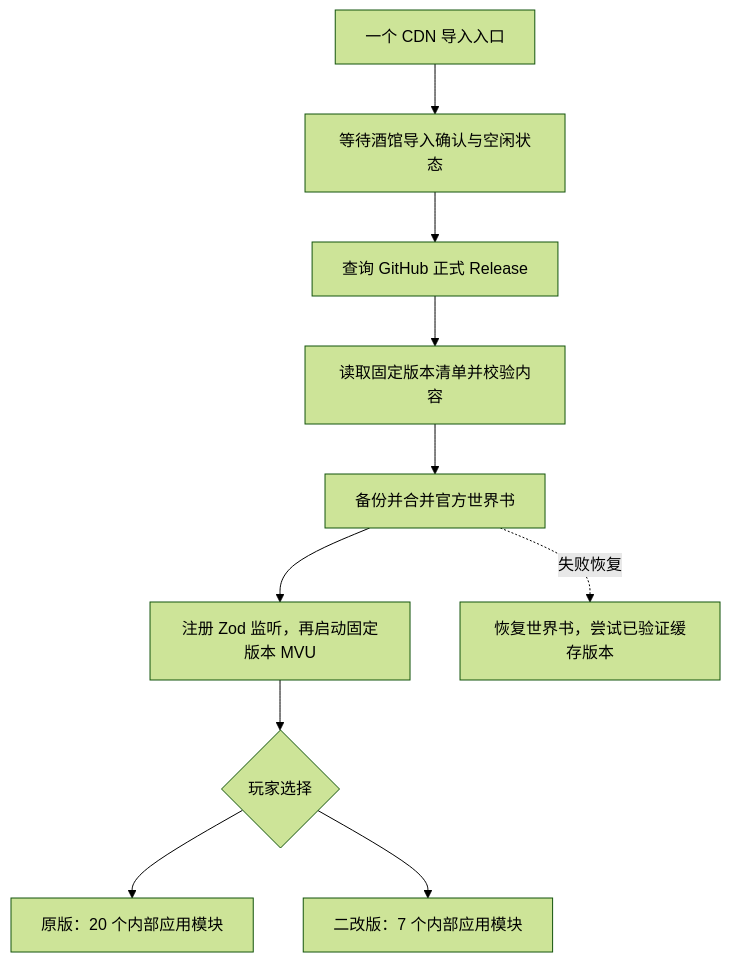
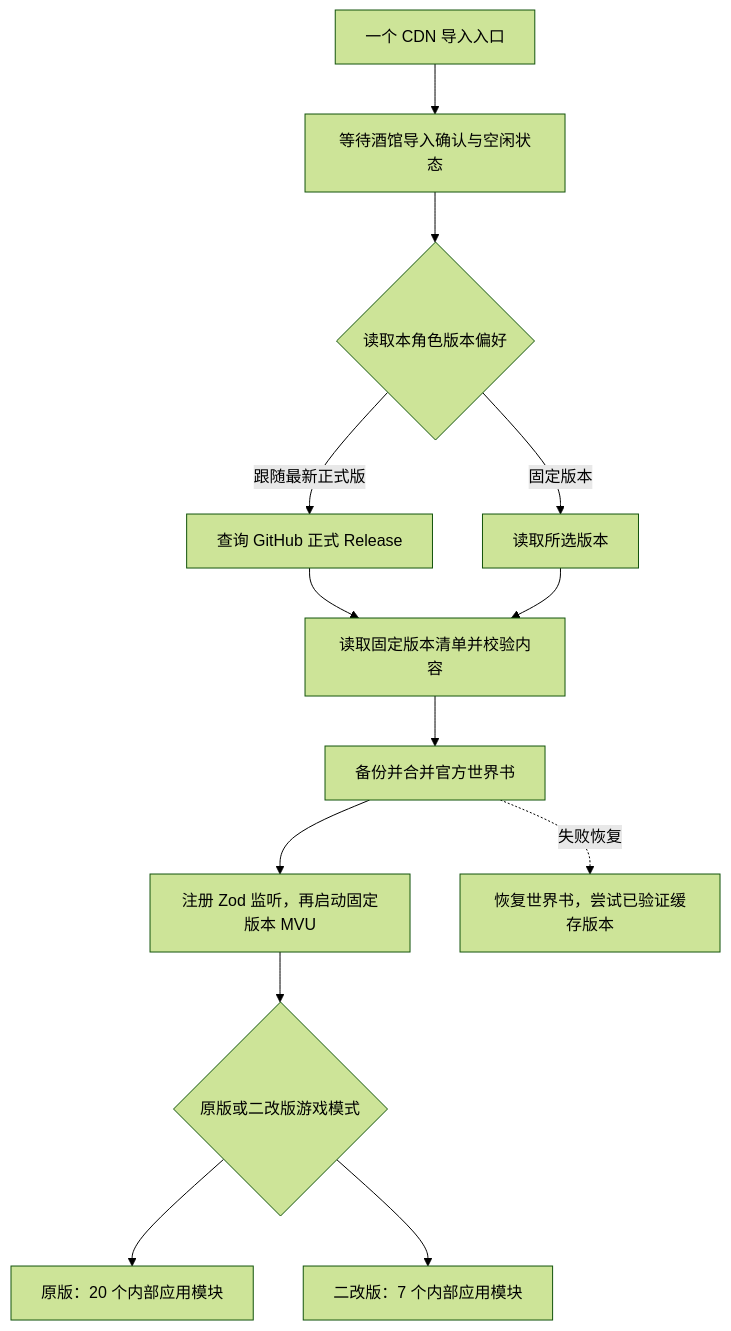
The diagram in docs/runtime-and-updates.md (KelvinKHan/landlord-simulator-cards), drawn with Mermaid (forest theme) before and after one commit. The commit also changed other lines of this file and 34 other files, not shown here.

````diff
--- a/docs/runtime-and-updates.md
+++ b/docs/runtime-and-updates.md
@@ -5,12 +5,15 @@
 ```mermaid
 flowchart TD
     A[一个 CDN 导入入口] --> B[等待酒馆导入确认与空闲状态]
-    B --> C[查询 GitHub 正式 Release]
-    C --> D[读取固定版本清单并校验内容]
+    B --> C{读取本角色版本偏好}
+    C -->|跟随最新正式版| C1[查询 GitHub 正式 Release]
+    C -->|固定版本| C2[读取所选版本]
+    C1 --> D[读取固定版本清单并校验内容]
+    C2 --> D
     D --> E[备份并合并官方世界书]
     E --> F[注册 Zod 监听，再启动固定版本 MVU]
-    F --> G{玩家选择}
+    F --> G{原版或二改版游戏模式}
     G --> H[原版：20 个内部应用模块]
     G --> I[二改版：7 个内部应用模块]
     E -. 失败恢复 .-> J[恢复世界书，尝试已验证缓存版本]
 ```
````
